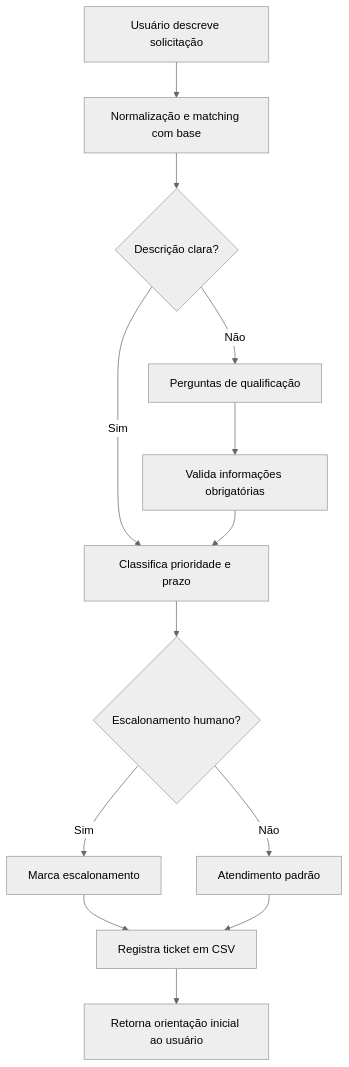
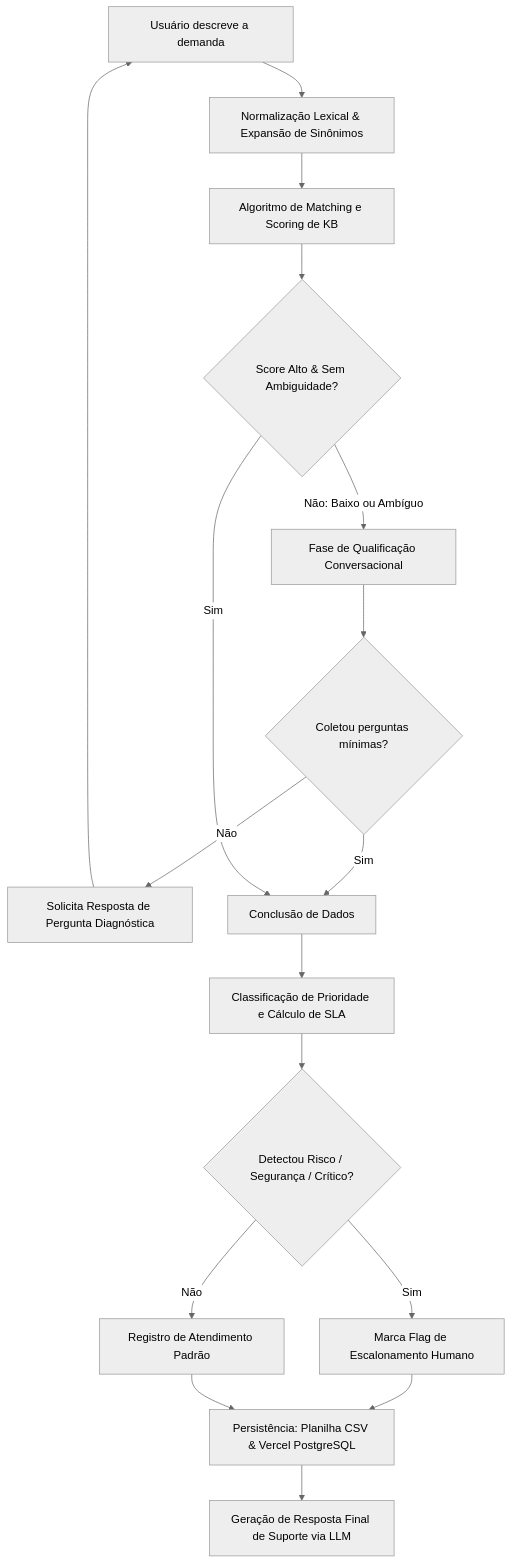
One commit to edul0/K-desk changed the diagram in RELATORIO_SOLUCAO.md. Above: the diagram before and after it, drawn with Mermaid (neutral theme). The commit also changed other lines of this file, not shown here.

Commit message:
docs(relatorio): expand technical report to a comprehensive 4-page academic-corporate document covering architectures, criteria, results and analysis

````diff
--- a/RELATORIO_SOLUCAO.md
+++ b/RELATORIO_SOLUCAO.md
@@ -42,15 +37,19 @@
 ```mermaid
 flowchart TD
-    A[Usuário descreve solicitação] --> B[Normalização e matching com base]
-    B --> C{Descrição clara?}
-    C -->|Sim| D[Classifica prioridade e prazo]
-    C -->|Não| E[Perguntas de qualificação]
-    E --> F[Valida informações obrigatórias]
-    F --> D
-    D --> G{Escalonamento humano?}
-    G -->|Sim| H[Marca escalonamento]
-    G -->|Não| I[Atendimento padrão]
-    H --> J[Registra ticket em CSV]
-    I --> J
-    J --> K[Retorna orientação inicial ao usuário]
+    A[Usuário descreve a demanda] --> B[Normalização Lexical & Expansão de Sinônimos]
+    B --> C[Algoritmo de Matching e Scoring de KB]
+    C --> D{Score Alto & Sem Ambiguidade?}
+    D -->|Não: Baixo ou Ambíguo| E[Fase de Qualificação Conversacional]
+    E --> F{Coletou perguntas mínimas?}
+    F -->|Não| G[Solicita Resposta de Pergunta Diagnóstica]
+    G --> A
+    F -->|Sim| H[Conclusão de Dados]
+    D -->|Sim| H
+    H --> I[Classificação de Prioridade e Cálculo de SLA]
+    I --> J{Detectou Risco / Segurança / Crítico?}
+    J -->|Sim| K[Marca Flag de Escalonamento Humano]
+    J -->|Não| L[Registro de Atendimento Padrão]
+    K --> M[Persistência: Planilha CSV & Vercel PostgreSQL]
+    L --> M
+    M --> N[Geração de Resposta Final de Suporte via LLM]
 ```
````
